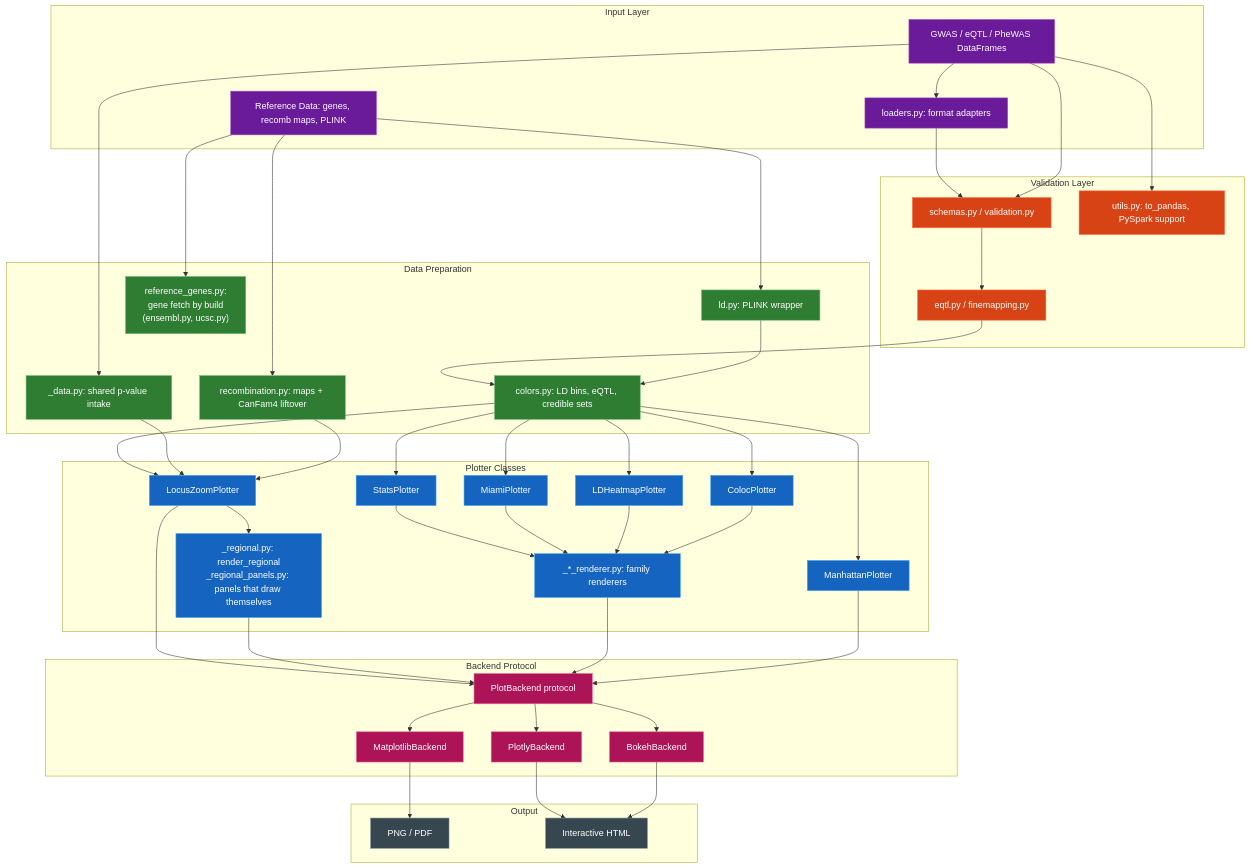
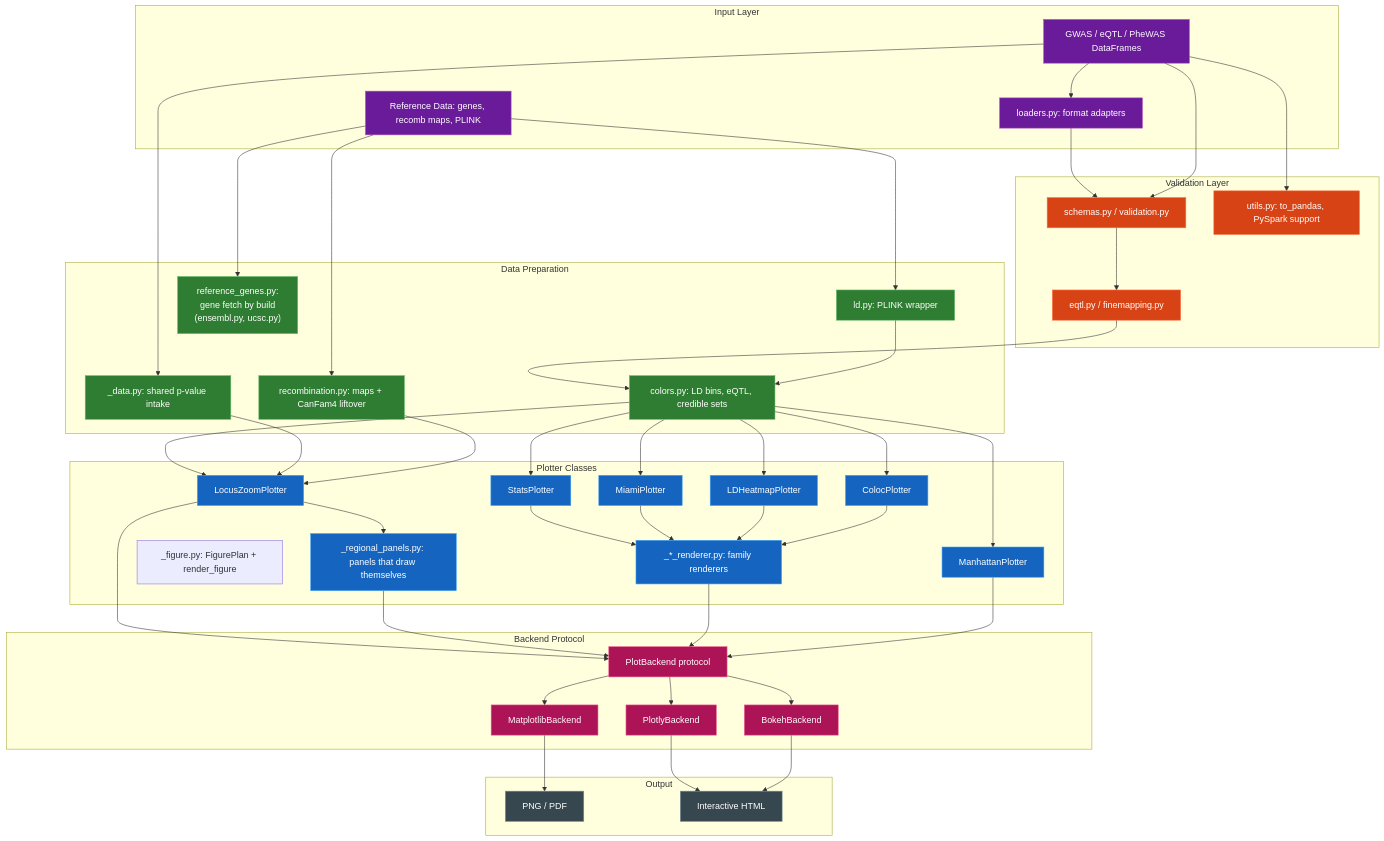
Before and after one commit to michael-denyer/pyLocusZoom: the diagram in docs/ARCHITECTURE.md, drawn with Mermaid. The commit also changed other lines of this file and 9 other files, not shown here.

First line of the commit message:
refactor(figure): one FigurePlan and one render_figure, regional first

```diff
--- a/docs/ARCHITECTURE.md
+++ b/docs/ARCHITECTURE.md
@@ -40,7 +40,8 @@
 
     subgraph Plotters["Plotter Classes"]
         LZ[LocusZoomPlotter]
-        REGIONAL["_regional.py: render_regional<br/>_regional_panels.py: panels that draw themselves"]
+        REGIONAL["_regional_panels.py: panels that draw themselves"]
+        FIGURE["_figure.py: FigurePlan + render_figure"]
         FAMILIES[_*_renderer.py: family renderers]
         MP[ManhattanPlotter]
         SP[StatsPlotter]
```
